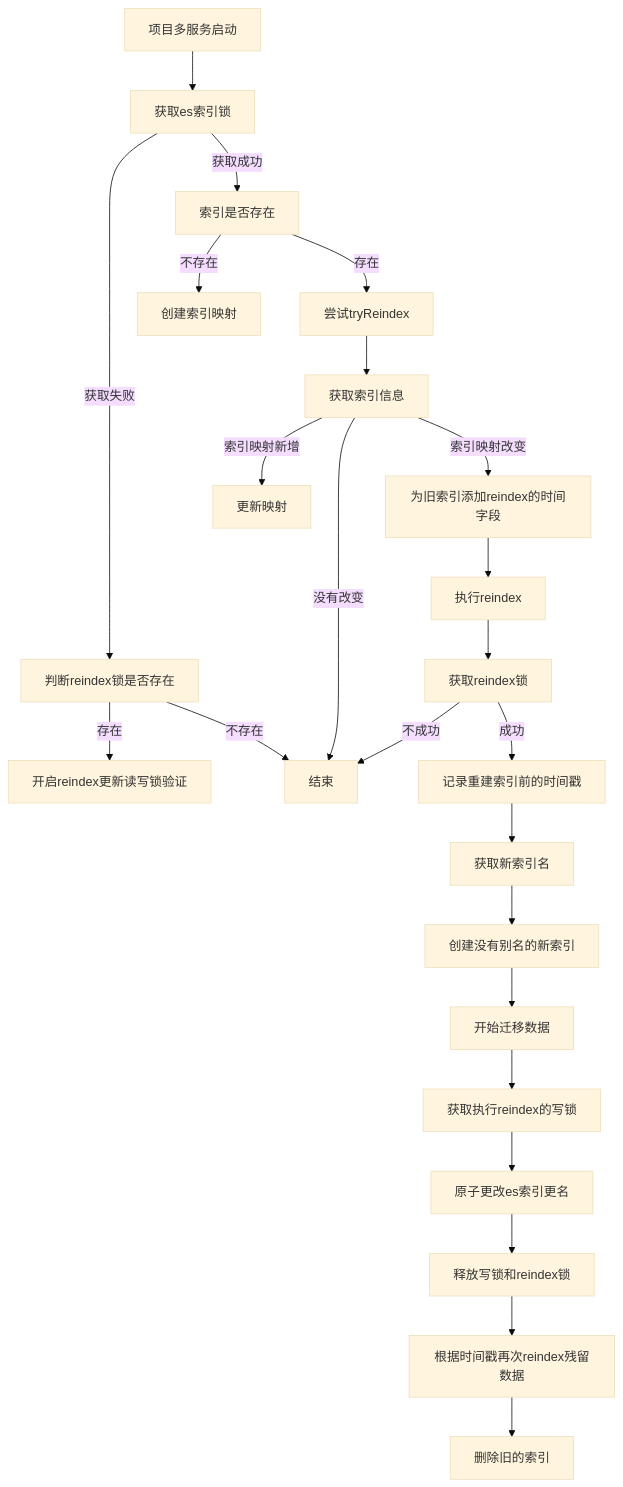
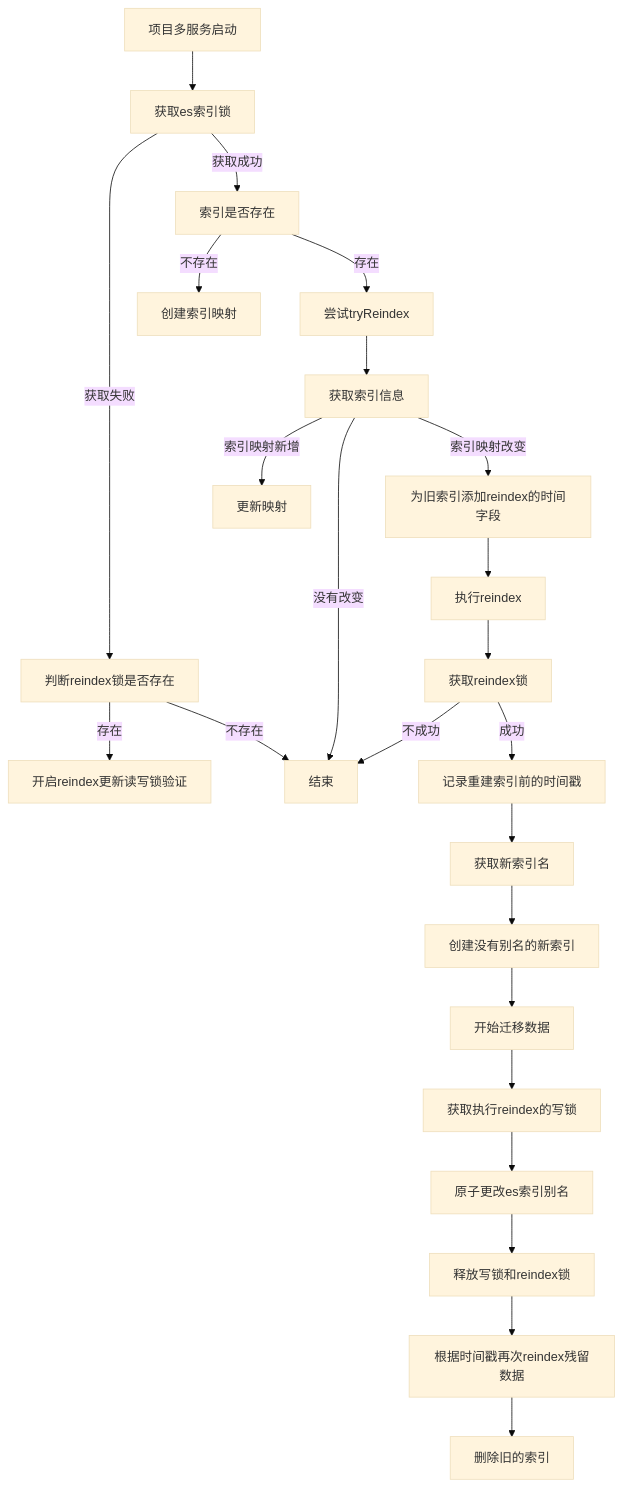
The first of 2 diagrams in reindex流程图.md (zhaohaoh/es-plus), drawn with Mermaid (base theme) before and after one commit.

Commit message:
流程图

````diff
--- a/reindex流程图.md
+++ b/reindex流程图.md
@@ -3,14 +3,14 @@
 ```mermaid
 graph TD
 项目多服务启动-->获取es索引锁-->|获取失败| 判断reindex锁是否存在--> |存在| 开启reindex更新读写锁验证
 判断reindex锁是否存在--> |不存在| 结束
 获取es索引锁-->|获取成功| 索引是否存在-->|不存在| 创建索引映射
  索引是否存在-->|存在| 尝试tryReindex-->获取索引信息--> |索引映射新增| 更新映射 
 获取索引信息--> |没有改变| 结束 
 获取索引信息--> |索引映射改变| 为旧索引添加reindex的时间字段--> 执行reindex-->获取reindex锁-->|不成功| 结束
 获取reindex锁-->|成功| 记录重建索引前的时间戳-->获取新索引名-->创建没有别名的新索引-->开始迁移数据
--->获取执行reindex的写锁-->原子更改es索引更名-->释放写锁和reindex锁
+-->获取执行reindex的写锁-->原子更改es索引别名-->释放写锁和reindex锁
 -->根据时间戳再次reindex残留数据-->删除旧的索引
 
  
 ```
````
